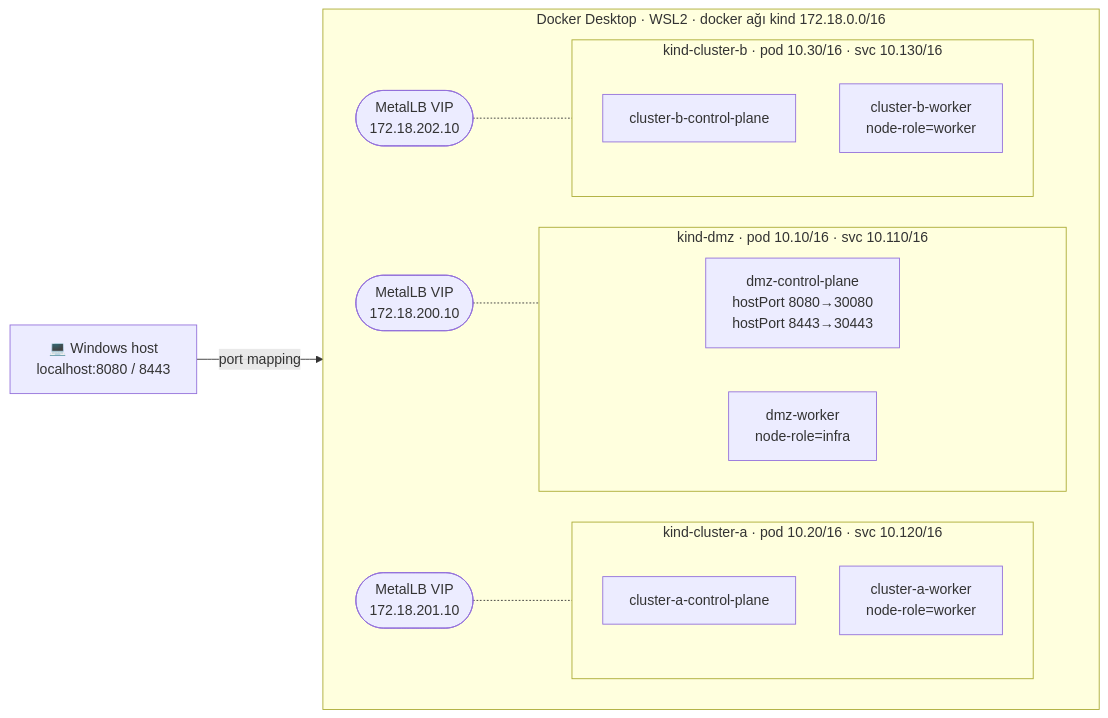
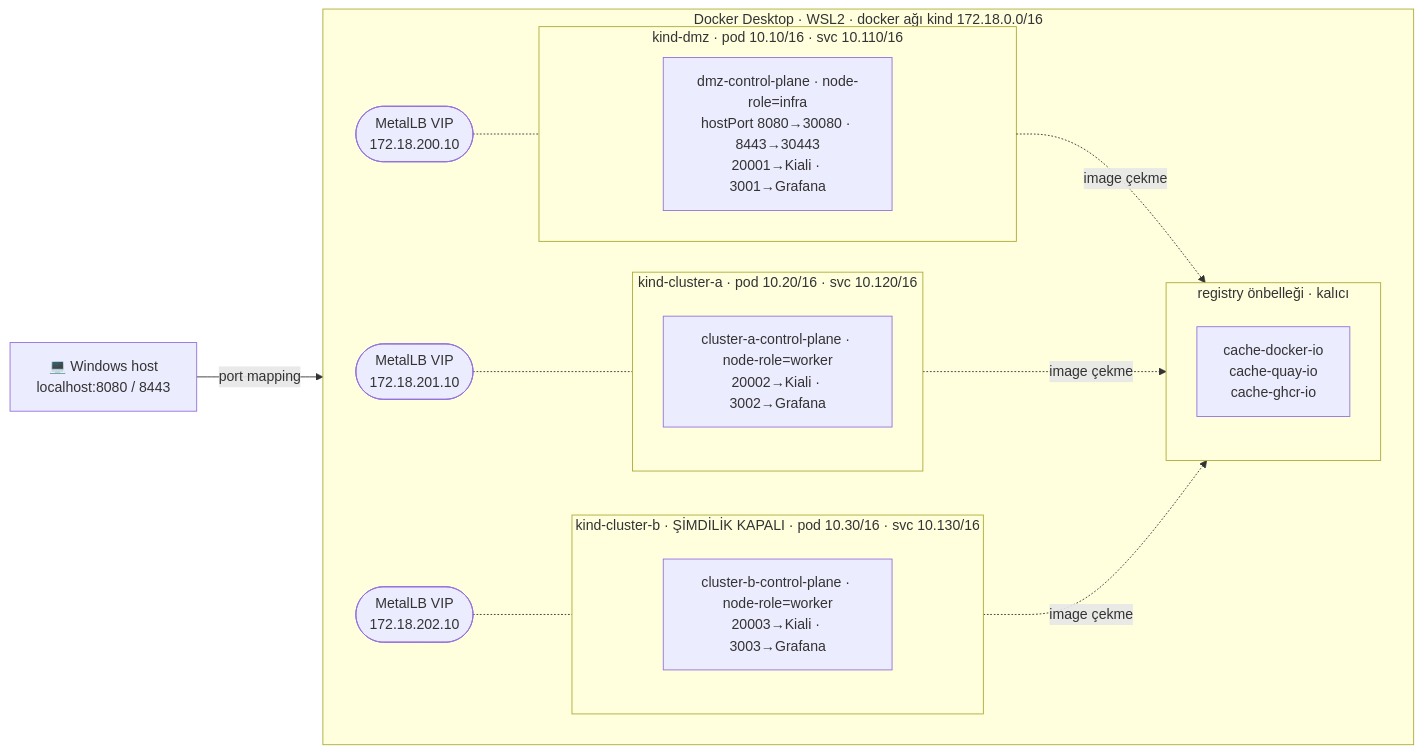
Before and after one commit to olgunyldz/service-mesh-lab: the first of 10 diagrams in README.md, drawn with Mermaid. The commit also changed other lines of this file and 23 other files, not shown here.

First line of the commit message:
Kaynak kısıtı: tek node'lu cluster'lar, cluster-b şimdilik kapalı

````diff
--- a/README.md
+++ b/README.md
@@ -53,28 +56,29 @@
 ```mermaid
 flowchart LR
     host["💻 Windows host<br/>localhost:8080 / 8443"]
 
     subgraph docker["Docker Desktop · WSL2 · docker ağı kind 172.18.0.0/16"]
         direction LR
         subgraph dmz["kind-dmz · pod 10.10/16 · svc 10.110/16"]
-            dmzcp["dmz-control-plane<br/>hostPort 8080→30080<br/>hostPort 8443→30443"]
-            dmzw["dmz-worker<br/>node-role=infra"]
+            dmzcp["dmz-control-plane · node-role=infra<br/>hostPort 8080→30080 · 8443→30443<br/>20001→Kiali · 3001→Grafana"]
         end
         subgraph ca["kind-cluster-a · pod 10.20/16 · svc 10.120/16"]
-            cacp["cluster-a-control-plane"]
-            caw["cluster-a-worker<br/>node-role=worker"]
+            cacp["cluster-a-control-plane · node-role=worker<br/>20002→Kiali · 3002→Grafana"]
         end
-        subgraph cb["kind-cluster-b · pod 10.30/16 · svc 10.130/16"]
-            cbcp["cluster-b-control-plane"]
-            cbw["cluster-b-worker<br/>node-role=worker"]
+        subgraph cb["kind-cluster-b · ŞİMDİLİK KAPALI · pod 10.30/16 · svc 10.130/16"]
+            cbcp["cluster-b-control-plane · node-role=worker<br/>20003→Kiali · 3003→Grafana"]
+        end
+        subgraph caches["registry önbelleği · kalıcı"]
+            rc["cache-docker-io<br/>cache-quay-io<br/>cache-ghcr-io"]
         end
         lbd(["MetalLB VIP<br/>172.18.200.10"])
         lba(["MetalLB VIP<br/>172.18.201.10"])
         lbb(["MetalLB VIP<br/>172.18.202.10"])
     end
 
     host -->|"port mapping"| dmzcp
     lbd -.- dmz
     lba -.- ca
     lbb -.- cb
+    dmz & ca & cb -.->|"image çekme"| caches
 ```
````
